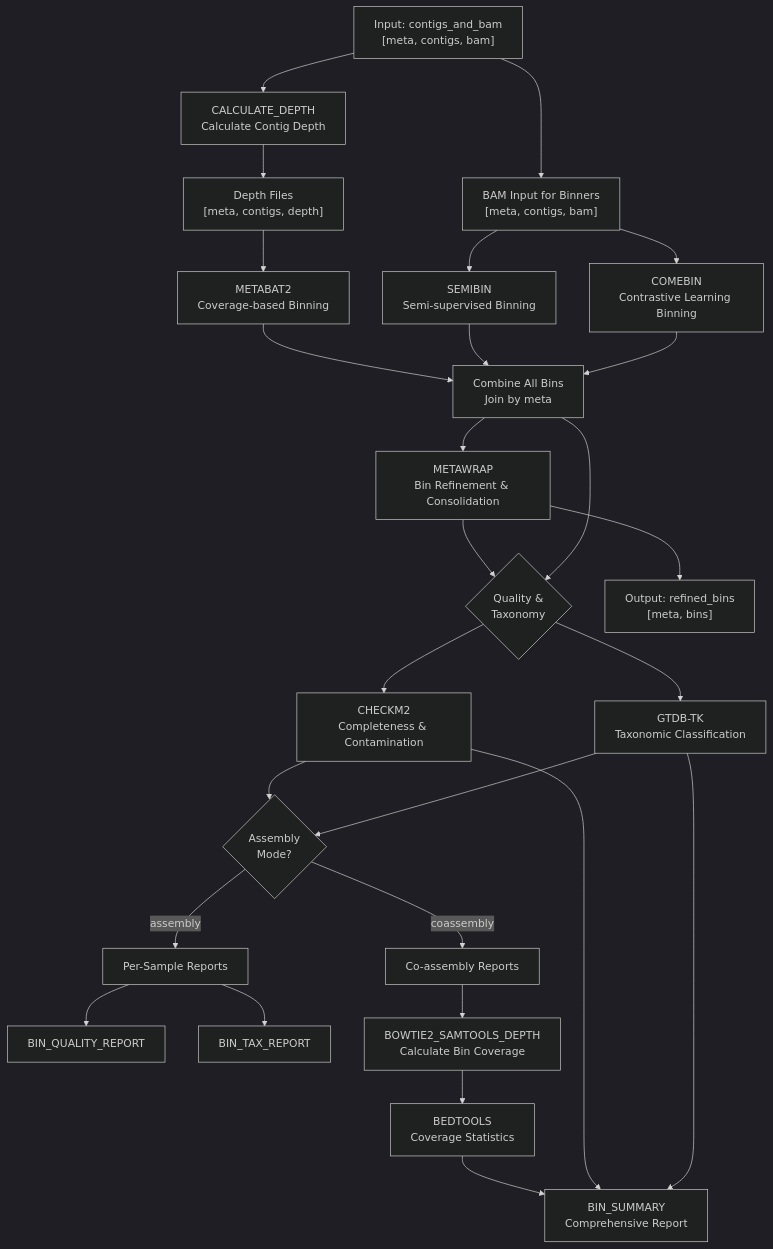
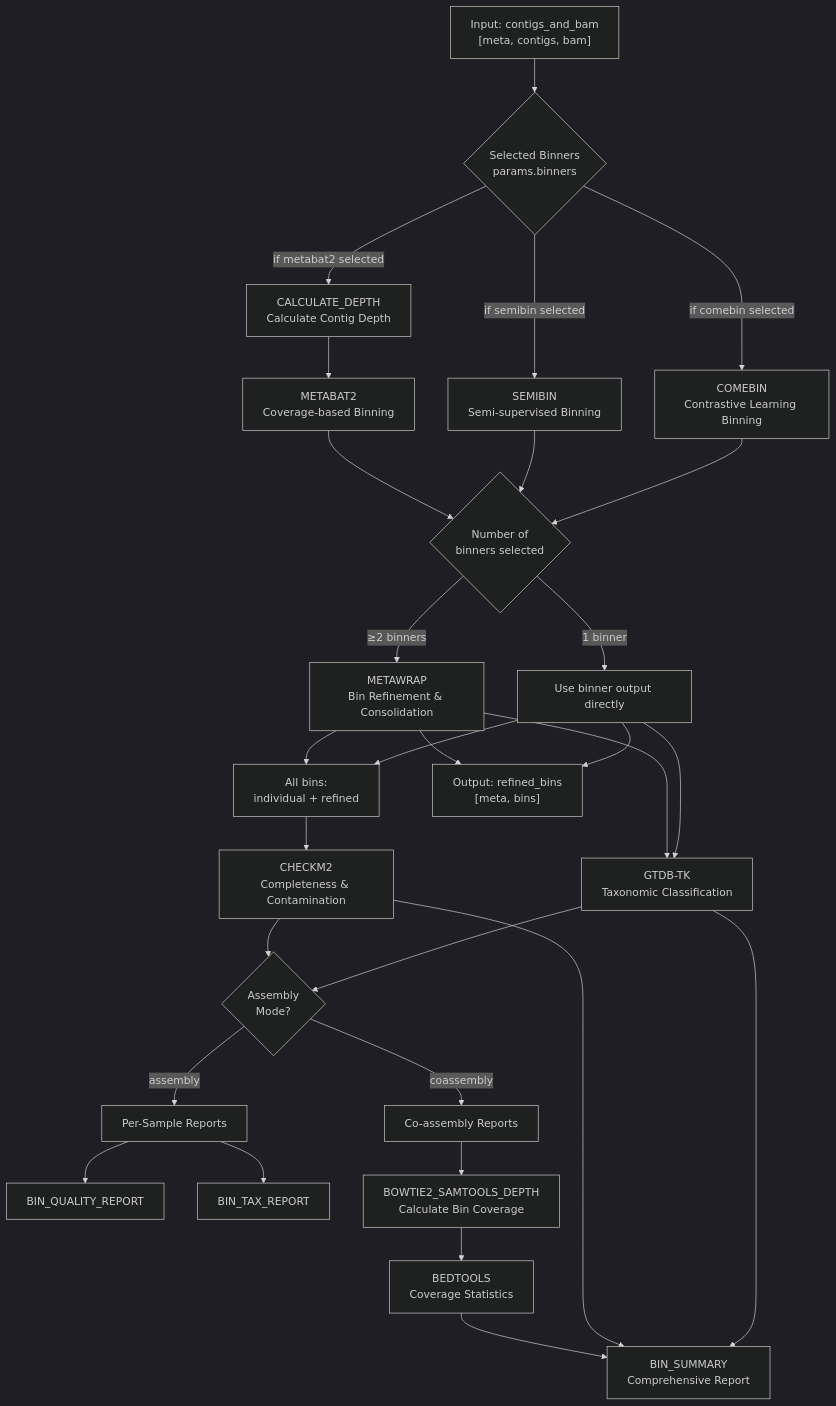
Before and after one commit to gene2dis/BugBuster: the seventh of 8 diagrams in docs/WORKFLOW_DIAGRAM.md, drawn with Mermaid (dark theme). The commit also changed other lines of this file and 11 other files, not shown here.

First line of the commit message:
``` docs(binning): add configurable binner selection with conditional MetaWRAP refinement

````diff
--- a/docs/WORKFLOW_DIAGRAM.md
+++ b/docs/WORKFLOW_DIAGRAM.md
@@ -199,44 +199,44 @@
 ```mermaid
 flowchart TD
-    Input["Input: contigs_and_bam<br/>[meta, contigs, bam]"] --> CalcDepth[CALCULATE_DEPTH<br/>Calculate Contig Depth]
-    
-    CalcDepth --> Depth["Depth Files<br/>[meta, contigs, depth]"]
-    Input --> BinInput["BAM Input for Binners<br/>[meta, contigs, bam]"]
-    
-    %% Parallel binning
-    Depth --> MetaBAT[METABAT2<br/>Coverage-based Binning]
-    BinInput --> SemiBin[SEMIBIN<br/>Semi-supervised Binning]
-    BinInput --> COMEBin[COMEBIN<br/>Contrastive Learning Binning]
-    
-    %% Combine bins
-    MetaBAT --> Combine[Combine All Bins<br/>Join by meta]
-    SemiBin --> Combine
-    COMEBin --> Combine
-    
-    %% Refinement
-    Combine --> MetaWRAP[METAWRAP<br/>Bin Refinement & Consolidation]
-    
+    Input["Input: contigs_and_bam<br/>[meta, contigs, bam]"] --> BinnerSelect{Selected Binners<br/>params.binners}
+
+    BinnerSelect -->|if metabat2 selected| CalcDepth[CALCULATE_DEPTH<br/>Calculate Contig Depth]
+    CalcDepth --> MetaBAT[METABAT2<br/>Coverage-based Binning]
+
+    BinnerSelect -->|if semibin selected| SemiBin[SEMIBIN<br/>Semi-supervised Binning]
+    BinnerSelect -->|if comebin selected| COMEBin[COMEBIN<br/>Contrastive Learning Binning]
+
+    %% Conditional MetaWRAP
+    MetaBAT --> BinCount{Number of<br/>binners selected}
+    SemiBin --> BinCount
+    COMEBin --> BinCount
+
+    BinCount -->|≥2 binners| MetaWRAP[METAWRAP<br/>Bin Refinement & Consolidation]
+    BinCount -->|1 binner| DirectOut[Use binner output directly]
+
     %% Quality and Taxonomy
-    MetaWRAP --> QualTax{Quality &<br/>Taxonomy}
-    Combine --> QualTax
-    QualTax --> CheckM[CHECKM2<br/>Completeness & Contamination]
-    QualTax --> GTDBTK[GTDB-TK<br/>Taxonomic Classification]
-    
+    MetaWRAP --> AllBins[All bins:<br/>individual + refined]
+    DirectOut --> AllBins
+    AllBins --> CheckM[CHECKM2<br/>Completeness & Contamination]
+    MetaWRAP --> GTDBTK[GTDB-TK<br/>Taxonomic Classification]
+    DirectOut --> GTDBTK
+
     %% Mode-specific reporting
     CheckM --> ModeCheck{Assembly<br/>Mode?}
     GTDBTK --> ModeCheck
-    
+
     ModeCheck -->|assembly| AssemblyReports[Per-Sample Reports]
     AssemblyReports --> QualReport[BIN_QUALITY_REPORT]
     AssemblyReports --> TaxReport[BIN_TAX_REPORT]
-    
+
     ModeCheck -->|coassembly| CoassemblyReports[Co-assembly Reports]
     CoassemblyReports --> BinCov[BOWTIE2_SAMTOOLS_DEPTH<br/>Calculate Bin Coverage]
     BinCov --> Bedtools[BEDTOOLS<br/>Coverage Statistics]
     Bedtools --> Summary[BIN_SUMMARY<br/>Comprehensive Report]
     CheckM --> Summary
     GTDBTK --> Summary
-    
+
     %% Output
     MetaWRAP --> Output["Output: refined_bins<br/>[meta, bins]"]
+    DirectOut --> Output
 ```
````
